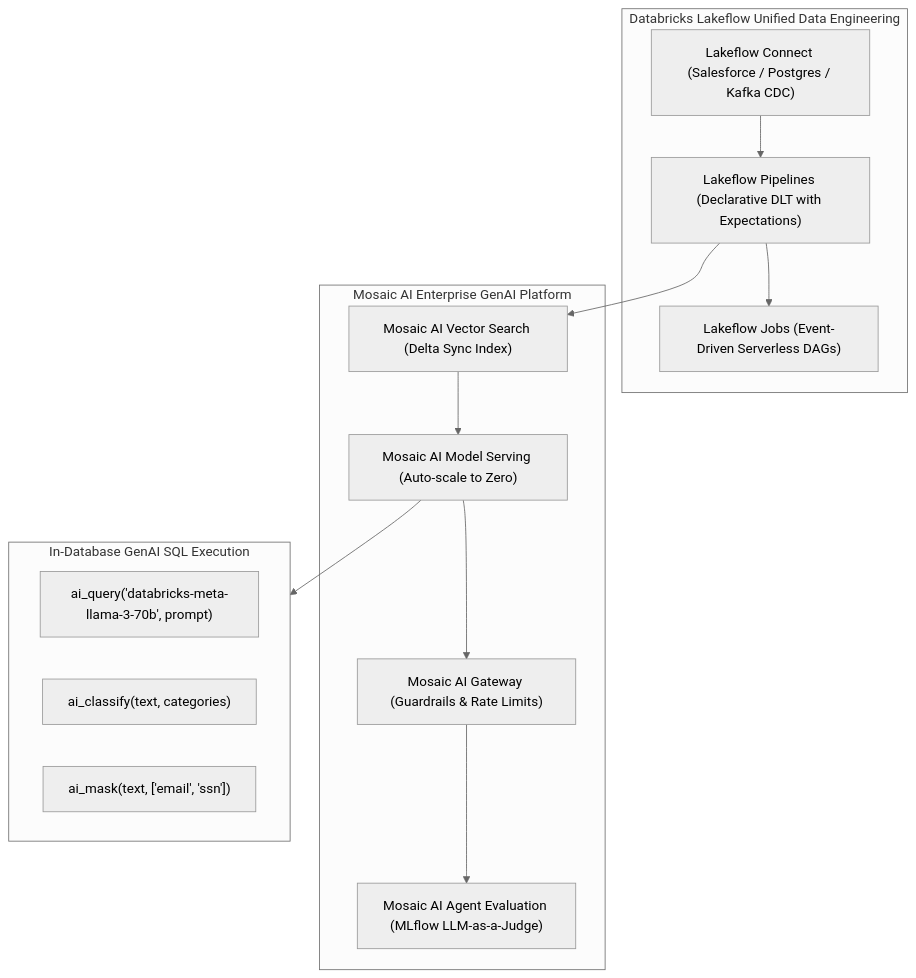
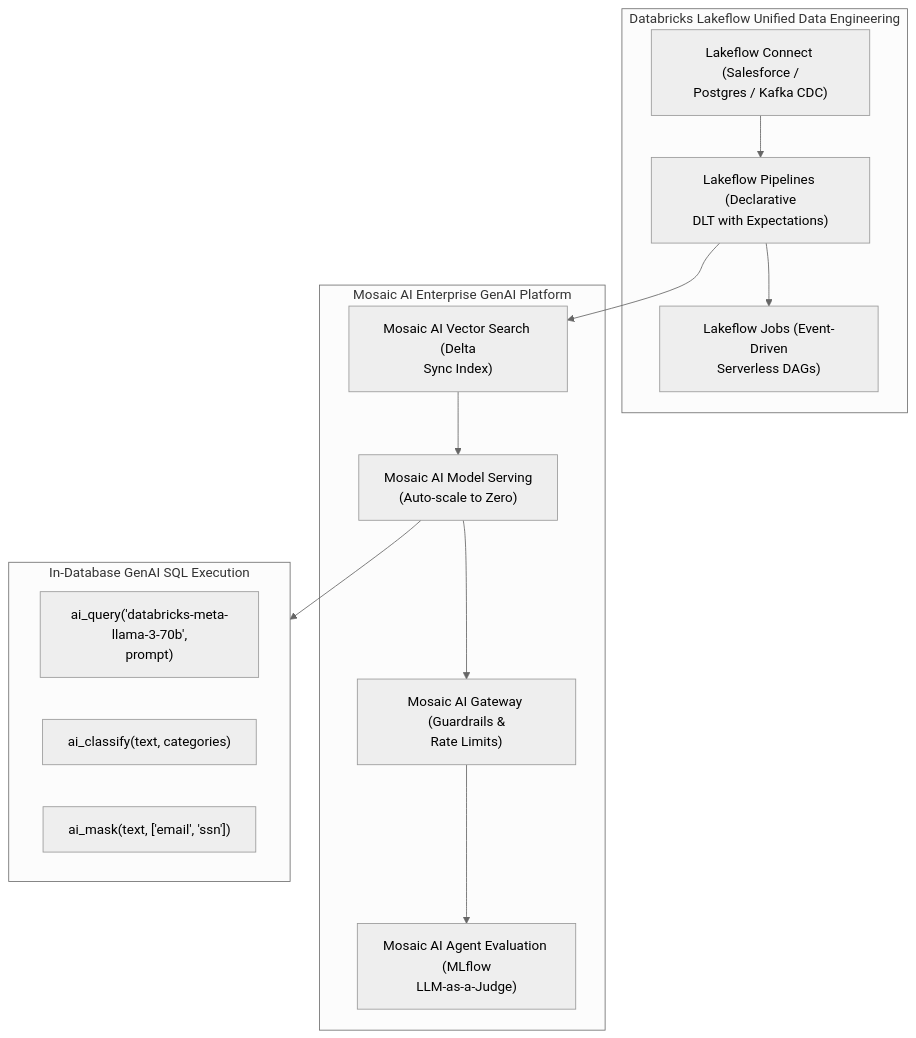
One commit to santoshjammi29/databricks-handbook changed the third of 3 diagrams in architectures/04_enterprise_devops_dabs_and_lakeflow_orchestration.md. Above: the diagram before and after it, drawn with Mermaid (neutral theme). The commit also changed other lines of this file and 8 other files, not shown here.

Commit message:
fix(diagrams): word-wrap labels and escape comparison operators across all diagrams

````diff
--- a/architectures/04_enterprise_devops_dabs_and_lakeflow_orchestration.md
+++ b/architectures/04_enterprise_devops_dabs_and_lakeflow_orchestration.md
@@ -108,26 +108,26 @@
 ```mermaid
 flowchart TD
     subgraph LakeflowSuite["Databricks Lakeflow Unified Data Engineering"]
-        Connect["Lakeflow Connect (Salesforce / Postgres / Kafka CDC)"]
-        Pipelines["Lakeflow Pipelines (Declarative DLT with Expectations)"]
-        Jobs["Lakeflow Jobs (Event-Driven Serverless DAGs)"]
+        Connect["Lakeflow Connect (Salesforce /<br/>Postgres / Kafka CDC)"]
+        Pipelines["Lakeflow Pipelines (Declarative<br/>DLT with Expectations)"]
+        Jobs["Lakeflow Jobs (Event-Driven<br/>Serverless DAGs)"]
     end
 
     subgraph MosaicAI["Mosaic AI Enterprise GenAI Platform"]
-        VectorSearch["Mosaic AI Vector Search (Delta Sync Index)"]
-        ModelServing["Mosaic AI Model Serving (Auto-scale to Zero)"]
-        Gateway["Mosaic AI Gateway (Guardrails & Rate Limits)"]
-        AgentEval["Mosaic AI Agent Evaluation (MLflow LLM-as-a-Judge)"]
+        VectorSearch["Mosaic AI Vector Search (Delta<br/>Sync Index)"]
+        ModelServing["Mosaic AI Model Serving<br/>(Auto-scale to Zero)"]
+        Gateway["Mosaic AI Gateway (Guardrails &<br/>Rate Limits)"]
+        AgentEval["Mosaic AI Agent Evaluation (MLflow<br/>LLM-as-a-Judge)"]
     end
 
     subgraph SQLInference["In-Database GenAI SQL Execution"]
-        AI_Query["ai_query('databricks-meta-llama-3-70b', prompt)"]
+        AI_Query["ai_query('databricks-meta-llama-3-70b',<br/>prompt)"]
         AI_Classify["ai_classify(text, categories)"]
         AI_Mask["ai_mask(text, ['email', 'ssn'])"]
     end
 
     Connect --> Pipelines --> Jobs
     Pipelines --> VectorSearch --> ModelServing
     ModelServing --> Gateway --> AgentEval
     ModelServing --> SQLInference
 ```
````
